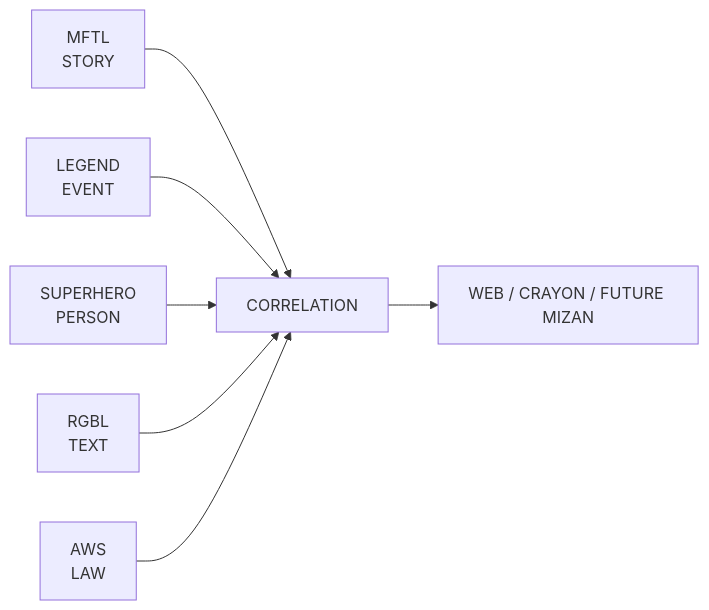
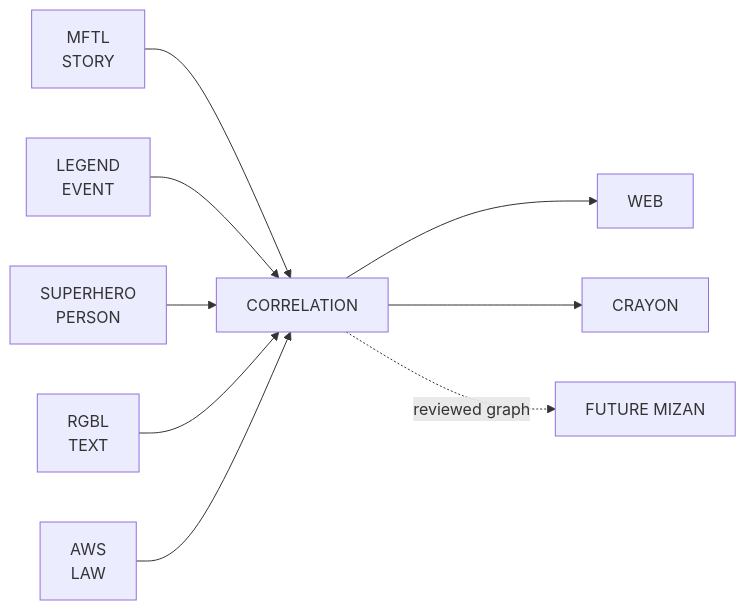
The diagram in README.md (bjo163/rocksoul-correlation), drawn with Mermaid before and after one commit. The commit also changed other lines of this file, not shown here.

Commit message:
docs: finalize correlation public evidence-graph landing page

````diff
--- a/README.md
+++ b/README.md
@@ -35,9 +36,11 @@
 ```mermaid
 flowchart LR
     M["MFTL\nSTORY"] --> C["CORRELATION"]
     E["LEGEND\nEVENT"] --> C
     P["SUPERHERO\nPERSON"] --> C
     T["RGBL\nTEXT"] --> C
     L["AWS\nLAW"] --> C
-    C --> W["WEB / CRAYON / FUTURE MIZAN"]
+    C --> W["WEB"]
+    C --> R["CRAYON"]
+    C -. reviewed graph .-> Z["FUTURE MIZAN"]
 ```
````
